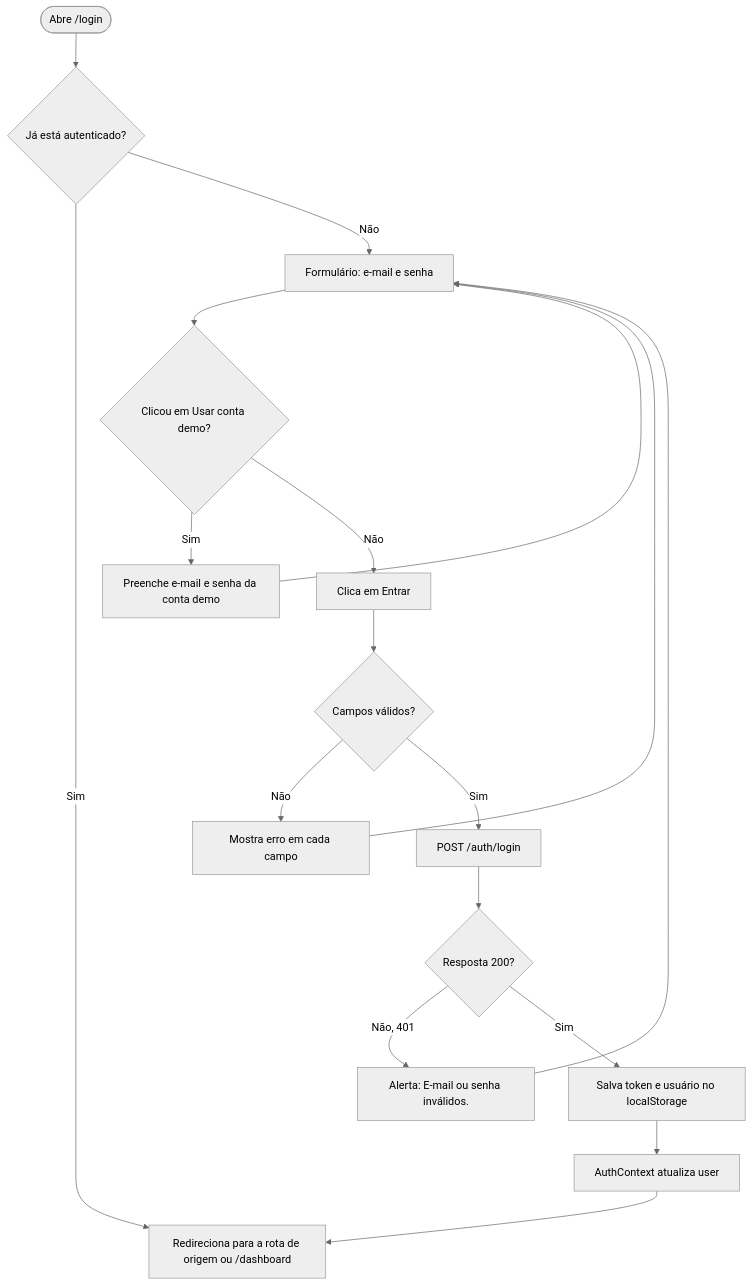
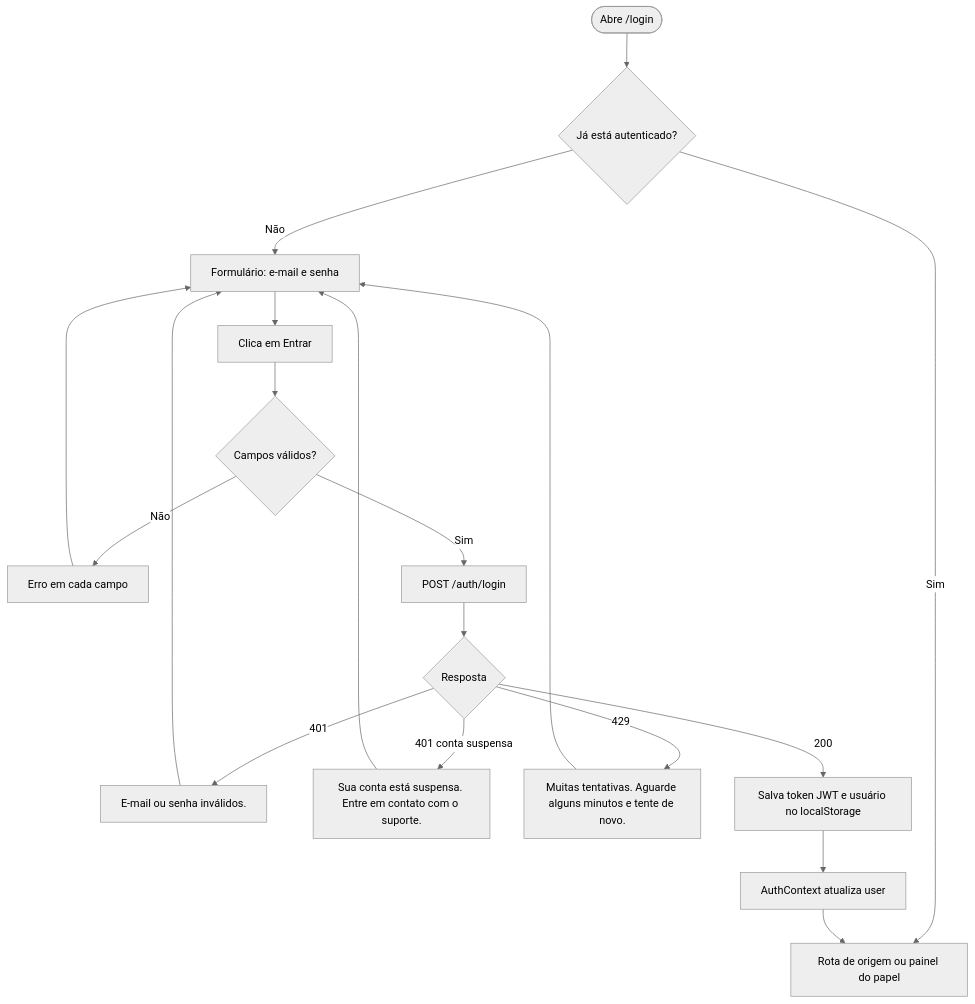
One commit to 16Jorgecamargo/agroserv changed the third of 10 diagrams in docs/flowcharts.md. Above: the diagram before and after it, drawn with Mermaid (neutral theme). The commit also changed other lines of this file and 18 other files, not shown here.

First line of the commit message:
feat(F7-06): final documentation and regenerated flowcharts

````diff
--- a/docs/flowcharts.md
+++ b/docs/flowcharts.md
@@ -92,20 +145,21 @@
 ```mermaid
 flowchart TD
     open([Abre /login]) --> already{Já está autenticado?}
-    already -->|Sim| goFrom[Redireciona para a rota de origem ou /dashboard]
+    already -->|Sim| goFrom[Rota de origem ou painel do papel]
     already -->|Não| form[Formulário: e-mail e senha]
-    form --> demo{Clicou em Usar conta demo?}
-    demo -->|Sim| fill["Preenche e-mail e senha da conta demo"]
-    fill --> form
-    demo -->|Não| submit[Clica em Entrar]
+    form --> submit[Clica em Entrar]
     submit --> validate{Campos válidos?}
-    validate -->|Não| fieldErrors[Mostra erro em cada campo]
+    validate -->|Não| fieldErrors[Erro em cada campo]
     fieldErrors --> form
     validate -->|Sim| api["POST /auth/login"]
-    api --> ok{Resposta 200?}
-    ok -->|Não, 401| apiError["Alerta: E-mail ou senha inválidos."]
+    api --> ok{Resposta}
+    ok -->|401| apiError["E-mail ou senha inválidos."]
+    ok -->|401 conta suspensa| suspended["Sua conta está suspensa. Entre em contato com o suporte."]
+    ok -->|429| limit["Muitas tentativas. Aguarde alguns minutos e tente de novo."]
     apiError --> form
-    ok -->|Sim| persist["Salva token e usuário no localStorage"]
+    suspended --> form
+    limit --> form
+    ok -->|200| persist["Salva token JWT e usuário no localStorage"]
     persist --> state[AuthContext atualiza user]
     state --> goFrom
 ```
````
